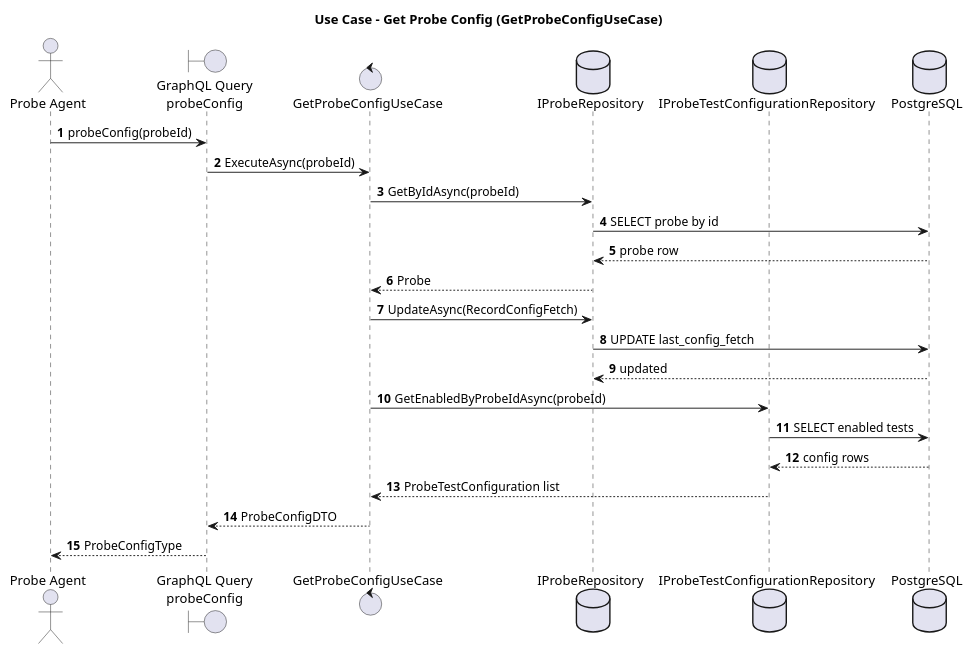
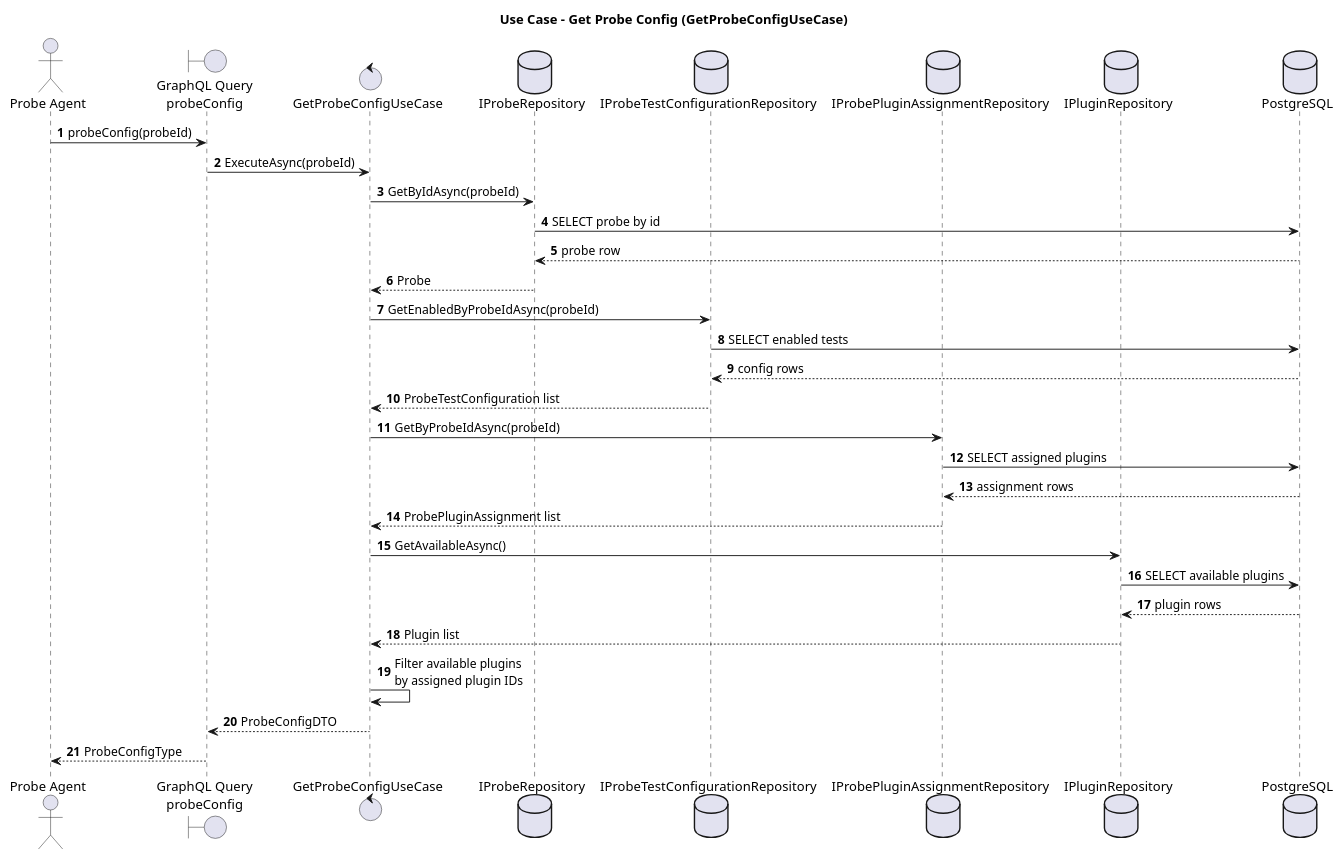
The diagram in docs/architecture/use-case-get-probe-config-sequence.puml (vhfba/beacon), drawn with PlantUML before and after one commit. The commit also changed 202 other files, not shown here.

```diff
--- a/docs/architecture/use-case-get-probe-config-sequence.puml
+++ b/docs/architecture/use-case-get-probe-config-sequence.puml
@@ -1,29 +1,37 @@
 @startuml
 title Use Case - Get Probe Config (GetProbeConfigUseCase)
 
 autonumber
 
 actor "Probe Agent" as probe
 boundary "GraphQL Query\nprobeConfig" as gql
 control "GetProbeConfigUseCase" as uc
 database "IProbeRepository" as probes
 database "IProbeTestConfigurationRepository" as configs
+database "IProbePluginAssignmentRepository" as assignments
+database "IPluginRepository" as plugins
 database "PostgreSQL" as db
 
 probe -> gql : probeConfig(probeId)
 gql -> uc : ExecuteAsync(probeId)
 uc -> probes : GetByIdAsync(probeId)
 probes -> db : SELECT probe by id
 db --> probes : probe row
 probes --> uc : Probe
-uc -> probes : UpdateAsync(RecordConfigFetch)
-probes -> db : UPDATE last_config_fetch
-db --> probes : updated
 uc -> configs : GetEnabledByProbeIdAsync(probeId)
 configs -> db : SELECT enabled tests
 db --> configs : config rows
 configs --> uc : ProbeTestConfiguration list
+uc -> assignments : GetByProbeIdAsync(probeId)
+assignments -> db : SELECT assigned plugins
+db --> assignments : assignment rows
+assignments --> uc : ProbePluginAssignment list
+uc -> plugins : GetAvailableAsync()
+plugins -> db : SELECT available plugins
+db --> plugins : plugin rows
+plugins --> uc : Plugin list
+uc -> uc : Filter available plugins\nby assigned plugin IDs
 uc --> gql : ProbeConfigDTO
 gql --> probe : ProbeConfigType
 
 @enduml
```
